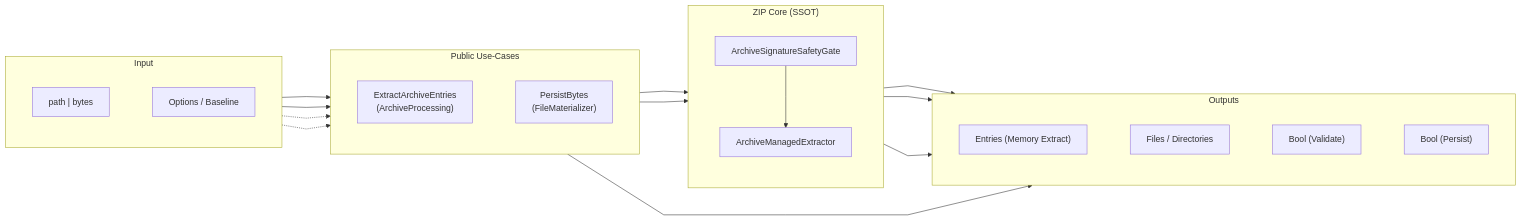
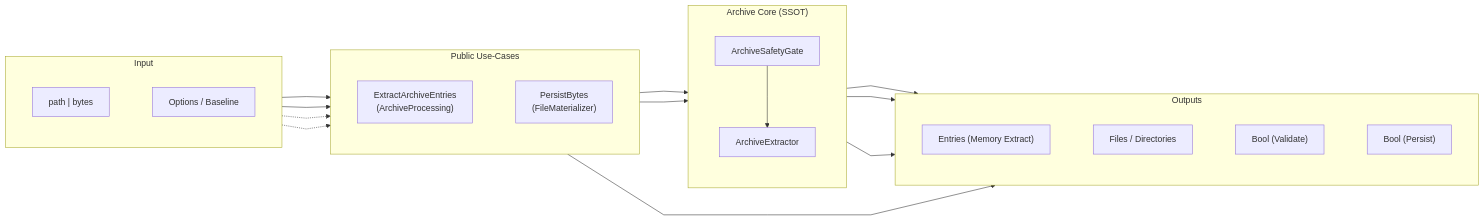
One commit to tomtastisch/FileClassifier changed the fourth of 9 diagrams in docs/02_ARCHITECTURE_AND_FLOWS.md. Above: the diagram before and after it, drawn with Mermaid. The commit also changed other lines of this file and 10 other files, not shown here.

Commit message:
refactor: konsolidiere archive-entry flow und haerte hash optionen

````diff
--- a/docs/02_ARCHITECTURE_AND_FLOWS.md
+++ b/docs/02_ARCHITECTURE_AND_FLOWS.md
@@ -139,54 +139,54 @@
 ```mermaid
 %%{init: {"flowchart": {"curve": "linear", "nodeSpacing": 80, "rankSpacing": 90}, "themeVariables": {"fontSize": "16px"}}}%%
 flowchart LR
 %% --- INPUTS ---
     subgraph INPUT["Input"]
         direction TB
         IN["path | bytes"]
         OPT["Options / Baseline"]
     end
 
 %% --- USE CASES ---
     subgraph UC["Public Use-Cases"]
         direction TB
         UC2["ExtractArchiveEntries<br/>(ArchiveProcessing)"]
         UC3["PersistBytes<br/>(FileMaterializer)"]
     end
 
-%% --- ZIP CORE (SSOT) ---
-    subgraph CORE["ZIP Core (SSOT)"]
+%% --- ARCHIVE CORE (SSOT) ---
+    subgraph CORE["Archive Core (SSOT)"]
         direction TB
-        G["ArchiveSignatureSafetyGate"]
-        X["ArchiveManagedExtractor"]
+        G["ArchiveSafetyGate"]
+        X["ArchiveExtractor"]
         G --> X
     end
 
 %% --- OUTPUTS ---
     subgraph OUT["Outputs"]
         direction TB
         O3["Entries (Memory Extract)"]
         O4["Files / Directories"]
         O2A["Bool (Validate)"]
         O2B["Bool (Persist)"]
     end
 
 %% wiring: inputs -> use cases
     IN --> UC2
     IN --> UC3
 
 %% options context (no dataflow)
     OPT -.-> UC2
     OPT -.-> UC3
 
 %% use cases -> gate
     UC2 --> G
     UC3 --> G
 
 %% gate outcomes
     G --> O2A
     UC3 --> O2B
 
 %% extractor outcomes
     X --> O3
     X --> O4
 ```
````
